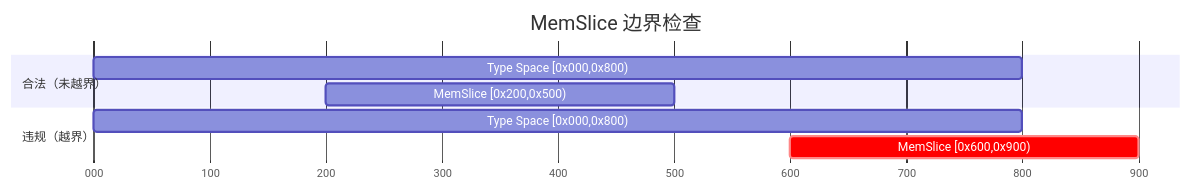
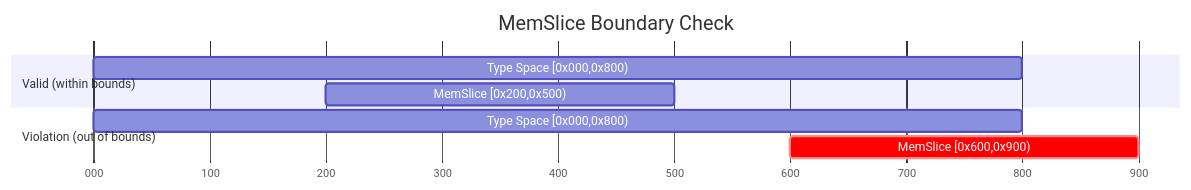
One commit to Atlas-Ascend-Fork/hcomm changed the sixth of 19 diagrams in test/hccl_vm/docs/checker_quick_intro_en.md. Above: the diagram before and after it, drawn with Mermaid. The commit also changed other lines of this file and 73 other files, not shown here.

````diff
--- a/test/hccl_vm/docs/checker_quick_intro_en.md
+++ b/test/hccl_vm/docs/checker_quick_intro_en.md
@@ -230,15 +230,15 @@
     ```mermaid
     gantt
-        title MemSlice 边界检查
+        title MemSlice Boundary Check
         dateFormat x
         axisFormat %L
         tickInterval 100millisecond
 
-        section 合法（未越界）
+        section Valid (within bounds)
         Type Space [0x000,0x800) : 0, 800
         MemSlice   [0x200,0x500) : 200, 500
 
-        section 违规（越界）
+        section Violation (out of bounds)
         Type Space [0x000,0x800) : 0, 800
         MemSlice   [0x600,0x900) : crit, 600, 900
     ```
````
